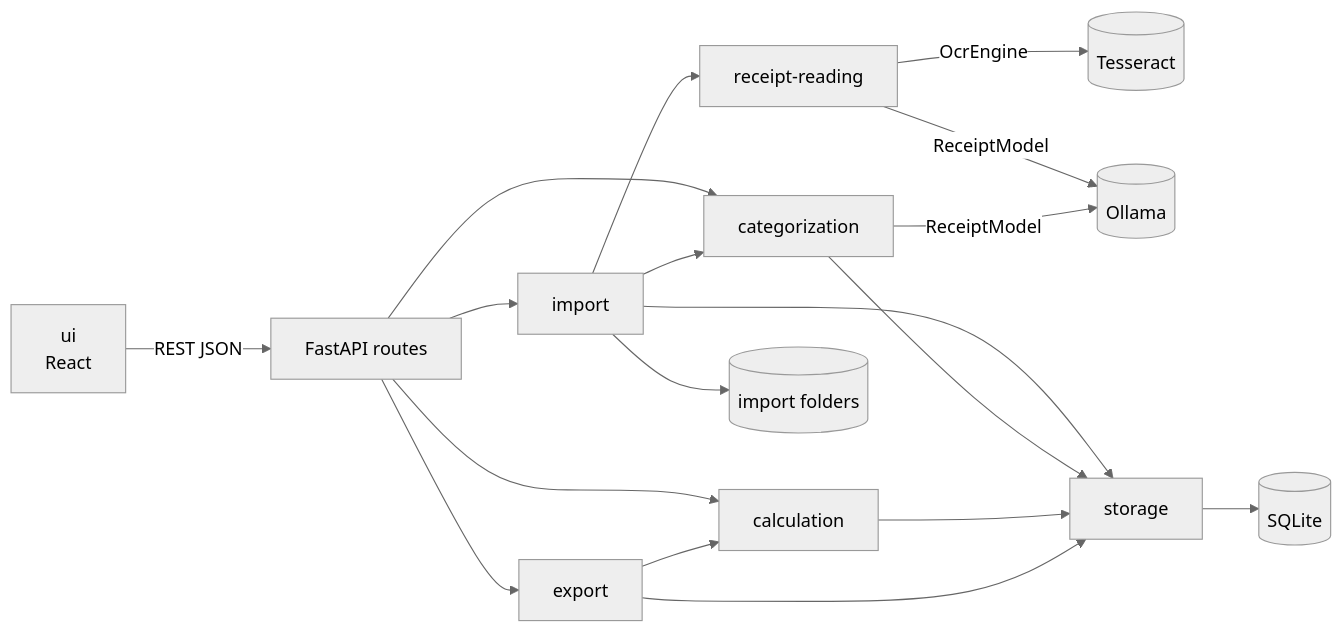
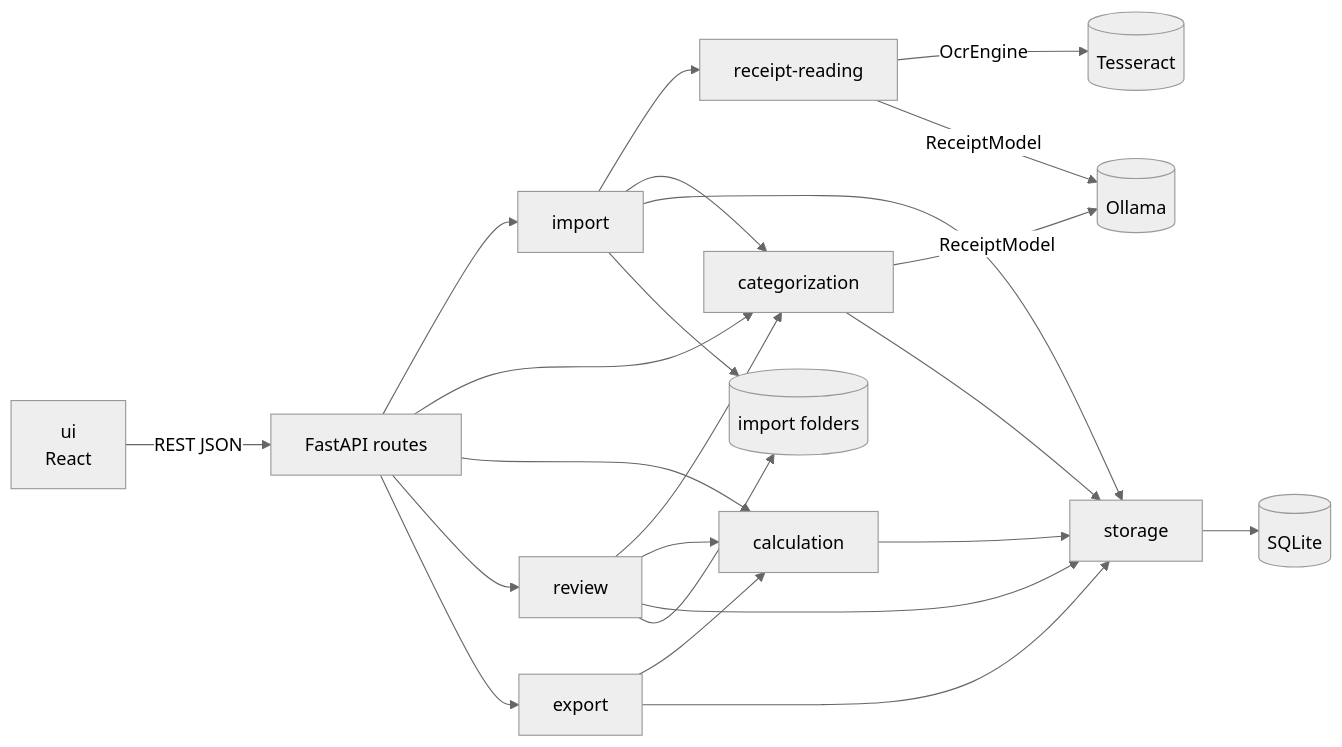
The first of 2 diagrams in docs/architecture.md (PekkaJuN/RRMCApplication), drawn with Mermaid (neutral theme) before and after one commit. The commit also changed other lines of this file and 50 other files, not shown here.

````diff
--- a/docs/architecture.md
+++ b/docs/architecture.md
@@ -90,20 +93,25 @@
 ```mermaid
 flowchart LR
   UI[ui<br/>React] -->|REST JSON| API[FastAPI routes]
   API --> IMP[import]
   API --> CAT[categorization]
   API --> CALC[calculation]
+  API --> REV[review]
+  REV --> CAT
+  REV --> CALC
+  REV --> ST
+  REV --> FS
   API --> EXP[export]
   IMP --> RR[receipt-reading]
   IMP --> CAT
   RR -->|OcrEngine| TES[(Tesseract)]
   RR -->|ReceiptModel| OLL[(Ollama)]
   CAT -->|ReceiptModel| OLL
   IMP --> ST[storage]
   CAT --> ST
   CALC --> ST
   EXP --> CALC
   EXP --> ST
   ST --> DB[(SQLite)]
   IMP --> FS[(import folders)]
 ```
````
